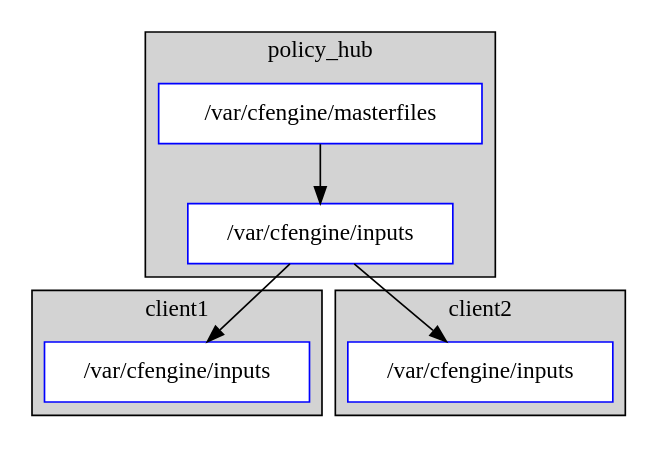
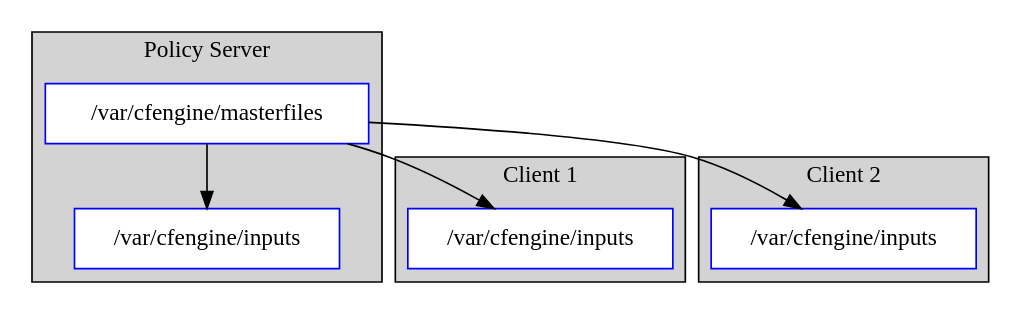
One commit to bahamat/cf-primer changed the diagram in policy_propagation.dot. Above: the diagram before and after it, drawn with Graphviz.

Commit message:
Update diagram to clarify that clients copy inputs from hub:/var/cfengine/masterfiles

```diff
--- a/policy_propagation.dot
+++ b/policy_propagation.dot
@@ -1,37 +1,29 @@
 digraph policy_propagation {
   node [ shape = box ];
 
   subgraph cluster_0 {
     h_masterfiles [ label = "/var/cfengine/masterfiles" color = blue style = filled fillcolor = white ]
     h_inputs [ label = "/var/cfengine/inputs" color = blue style = filled fillcolor = white ]
     h_masterfiles -> h_inputs;
-    label = "policy_hub";
+    label = "Policy Server";
     style = filled;
   }
-
-  // subgraph cluster_0b {
-    // c0b_inputs [ label = "/var/cfengine/inputs" color = blue style = filled fillcolor = white ]
-    // c0b_inputs;
-    // label = "policy_hub";
-    // style = filled;
-  // }
 
   subgraph cluster_1 {
     c1_inputs [ label = "/var/cfengine/inputs" color = blue style = filled fillcolor = white ]
     c1_inputs;
-    label = "client1";
+    label = "Client 1";
     style = filled;
   }
 
   subgraph cluster_2 {
     c2_inputs [ label = "/var/cfengine/inputs" color = blue style = filled fillcolor = white ]
     c2_inputs;
-    label = "client2";
+    label = "Client 2";
     style = filled;
   }
 
-  // h_masterfiles -> c0b_inputs;
-  h_inputs -> c1_inputs;
-  h_inputs -> c2_inputs;
+  h_masterfiles -> c1_inputs;
+  h_masterfiles -> c2_inputs;
 
 }
```
